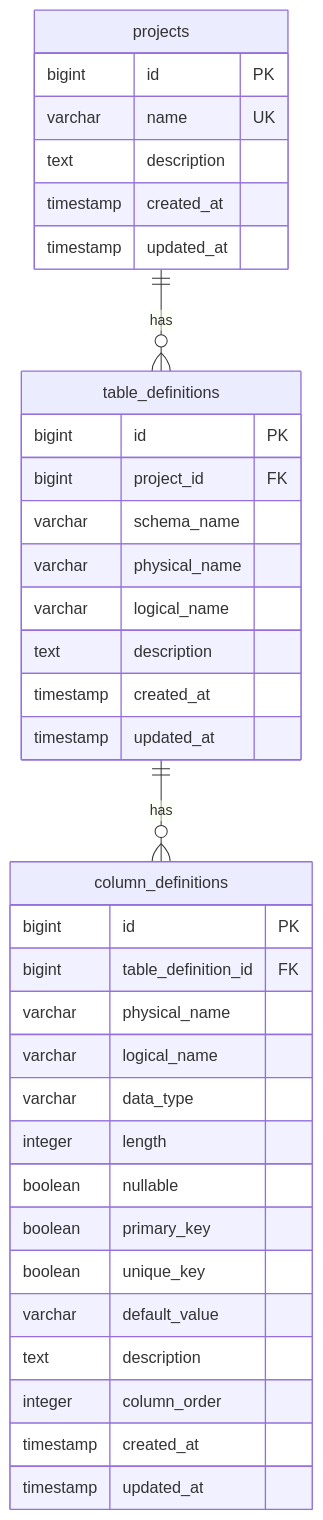
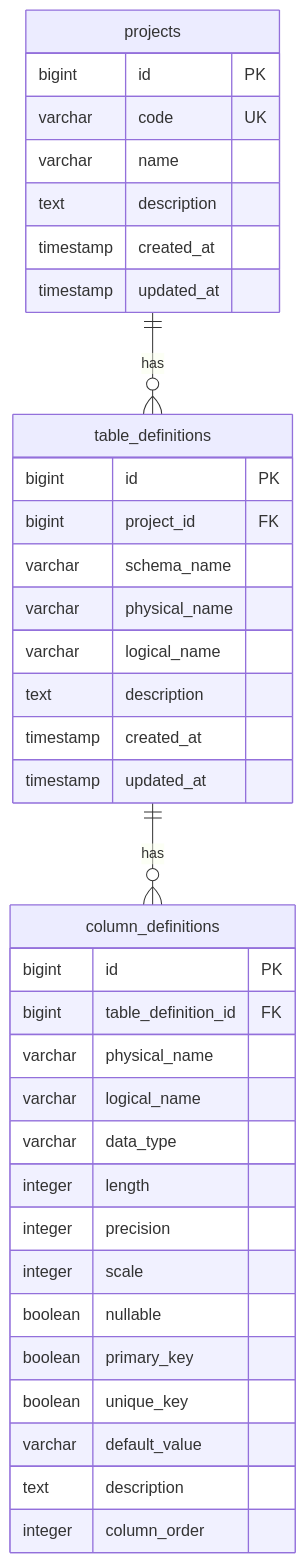
Before and after one commit to kuroneko4423/table-definition-app: the diagram in table-definition-app/docs/database-design.md, drawn with Mermaid. The commit also changed other lines of this file and 21 other files, not shown here.

````diff
--- a/table-definition-app/docs/database-design.md
+++ b/table-definition-app/docs/database-design.md
@@ -133,41 +144,42 @@
 ```mermaid
 erDiagram
     projects ||--o{ table_definitions : "has"
     table_definitions ||--o{ column_definitions : "has"
     
     projects {
         bigint id PK
-        varchar name UK
+        varchar code UK
+        varchar name
         text description
         timestamp created_at
         timestamp updated_at
     }
     
     table_definitions {
         bigint id PK
         bigint project_id FK
         varchar schema_name
         varchar physical_name
         varchar logical_name
         text description
         timestamp created_at
         timestamp updated_at
     }
     
     column_definitions {
         bigint id PK
         bigint table_definition_id FK
         varchar physical_name
         varchar logical_name
         varchar data_type
         integer length
+        integer precision
+        integer scale
         boolean nullable
         boolean primary_key
         boolean unique_key
         varchar default_value
         text description
         integer column_order
-        timestamp created_at
-        timestamp updated_at
     }
 ```
````
